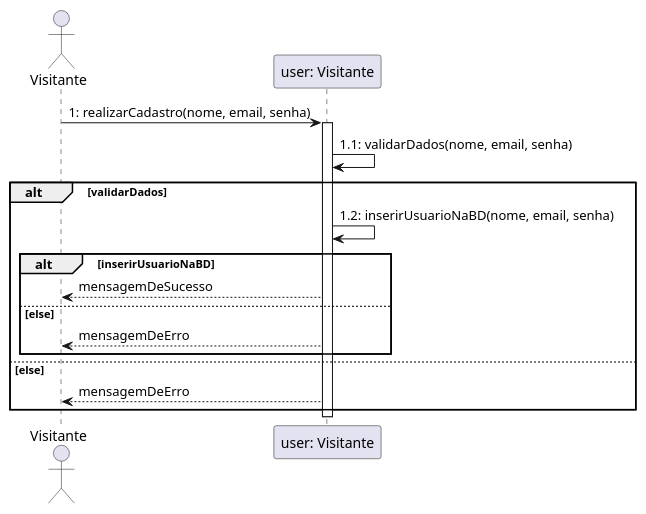
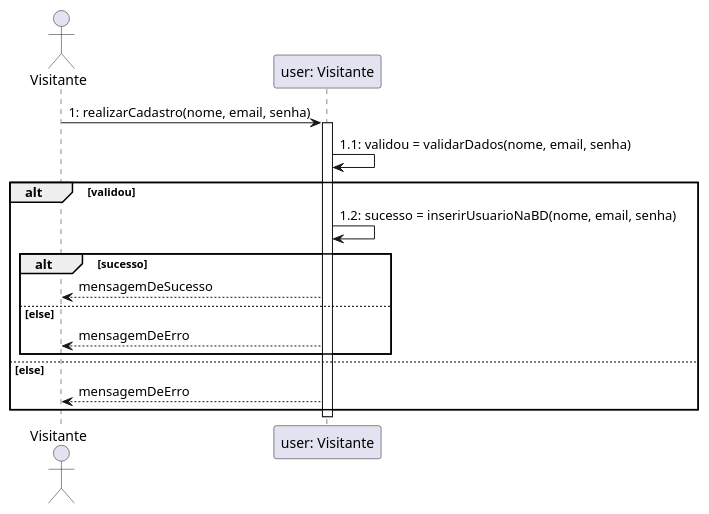
Before and after one commit to lucasg-mm/ensinet: the diagram in diagramas_interacao/diagramas_sequencia/realizar_cadastro.plantuml, drawn with PlantUML. The commit also changed 1 other file, not shown here.

Commit message:
Adiciona pequenas mudanças no diagrama 'realizar cadastro' para deixar mais semantico

```diff
--- a/diagramas_interacao/diagramas_sequencia/realizar_cadastro.plantuml
+++ b/diagramas_interacao/diagramas_sequencia/realizar_cadastro.plantuml
@@ -1,20 +1,20 @@
 @startuml realizar_cadastro
 actor Visitante
 
 Visitante->"user: Visitante": 1: realizarCadastro(nome, email, senha)
 Activate "user: Visitante"
-"user: Visitante"->"user: Visitante": 1.1: validarDados(nome, email, senha)
+"user: Visitante"->"user: Visitante": 1.1: validou = validarDados(nome, email, senha)
 
-alt validarDados
-"user: Visitante"->"user: Visitante": 1.2: inserirUsuarioNaBD(nome, email, senha)
-alt inserirUsuarioNaBD
+alt validou
+"user: Visitante"->"user: Visitante": 1.2: sucesso = inserirUsuarioNaBD(nome, email, senha)
+alt sucesso
 "user: Visitante"-->Visitante: mensagemDeSucesso
 else else
 "user: Visitante"-->Visitante: mensagemDeErro
 end
 else else
 "user: Visitante"-->Visitante: mensagemDeErro
 end
 deactivate "user: Visitante"
 
 @enduml
```
